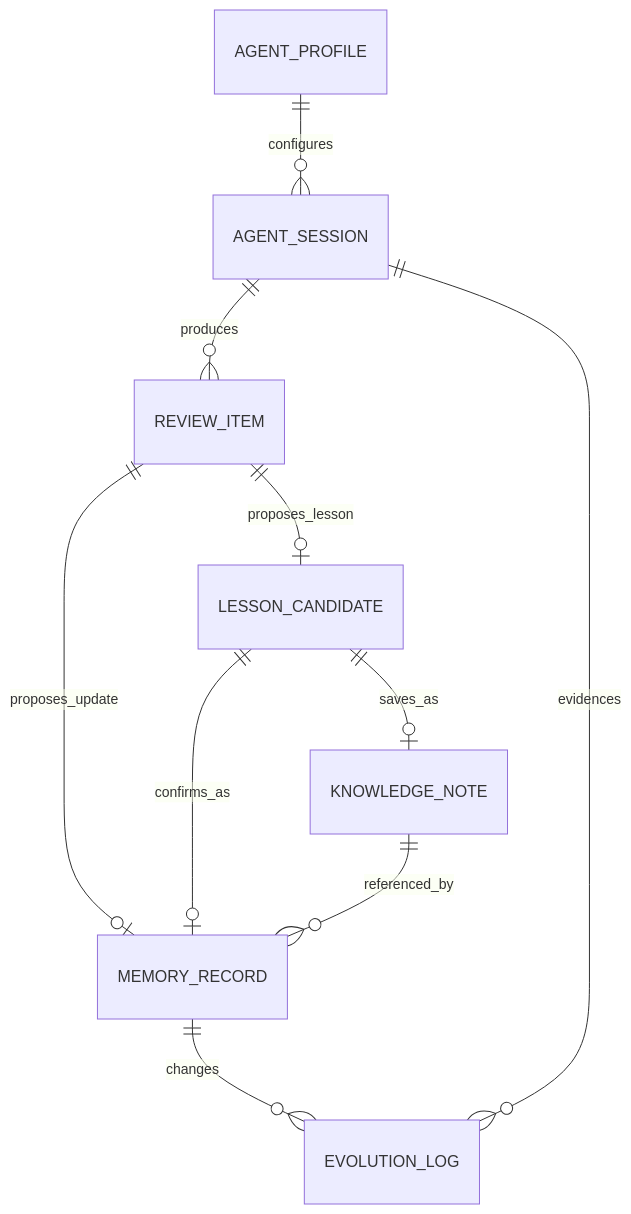
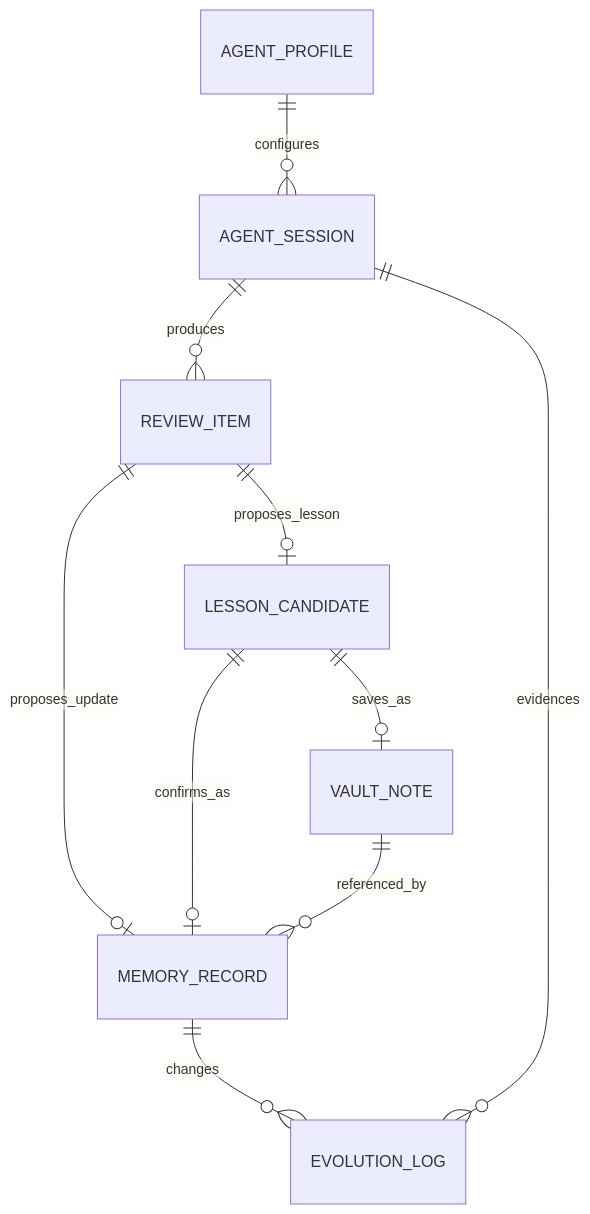
Before and after one commit to zhuxining/MindClaw: the first of 3 diagrams in docs/architecture/00-overview.md, drawn with Mermaid. The commit also changed other lines of this file and 45 other files, not shown here.

First line of the commit message:
refactor: unify terminology from Knowledge to Vault

````diff
--- a/docs/architecture/00-overview.md
+++ b/docs/architecture/00-overview.md
@@ -115,12 +115,12 @@
 ```mermaid
 erDiagram
     AGENT_PROFILE ||--o{ AGENT_SESSION : configures
     AGENT_SESSION ||--o{ REVIEW_ITEM : produces
     REVIEW_ITEM ||--o| MEMORY_RECORD : proposes_update
     REVIEW_ITEM ||--o| LESSON_CANDIDATE : proposes_lesson
     MEMORY_RECORD ||--o{ EVOLUTION_LOG : changes
     LESSON_CANDIDATE ||--o| MEMORY_RECORD : confirms_as
-    LESSON_CANDIDATE ||--o| KNOWLEDGE_NOTE : saves_as
-    KNOWLEDGE_NOTE ||--o{ MEMORY_RECORD : referenced_by
+    LESSON_CANDIDATE ||--o| VAULT_NOTE : saves_as
+    VAULT_NOTE ||--o{ MEMORY_RECORD : referenced_by
     AGENT_SESSION ||--o{ EVOLUTION_LOG : evidences
 ```
````
